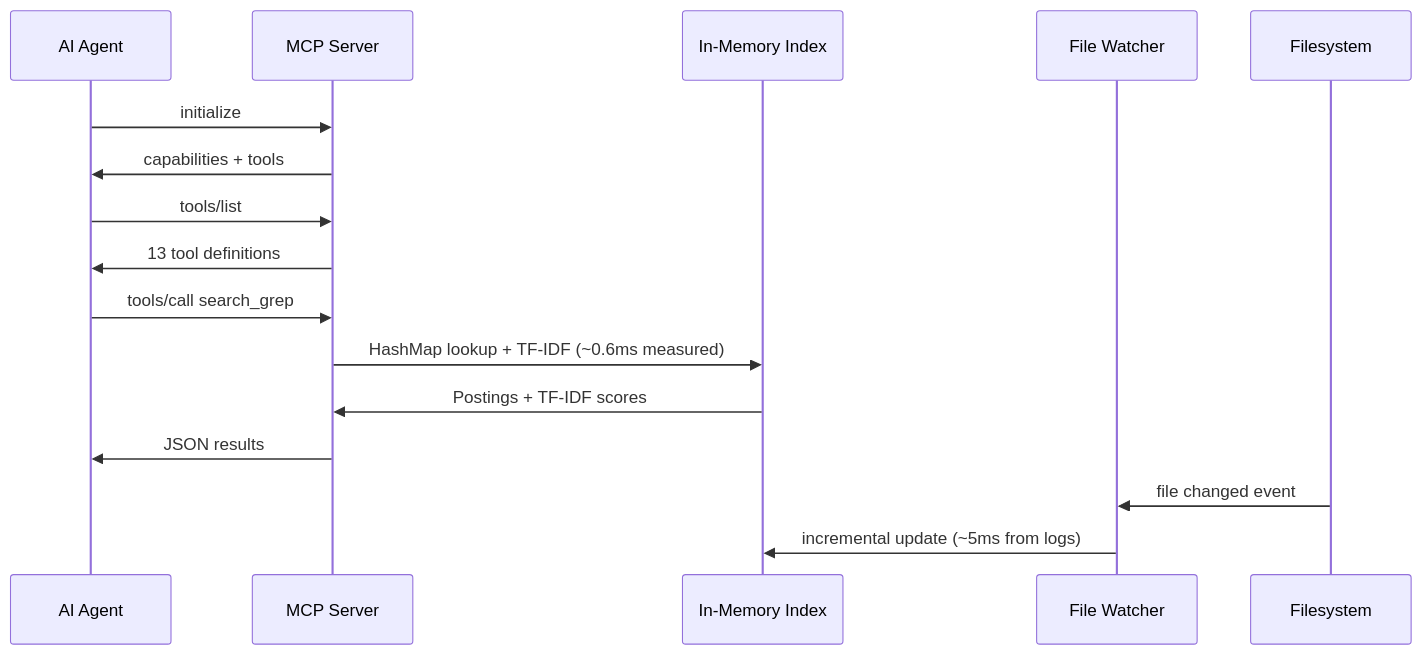
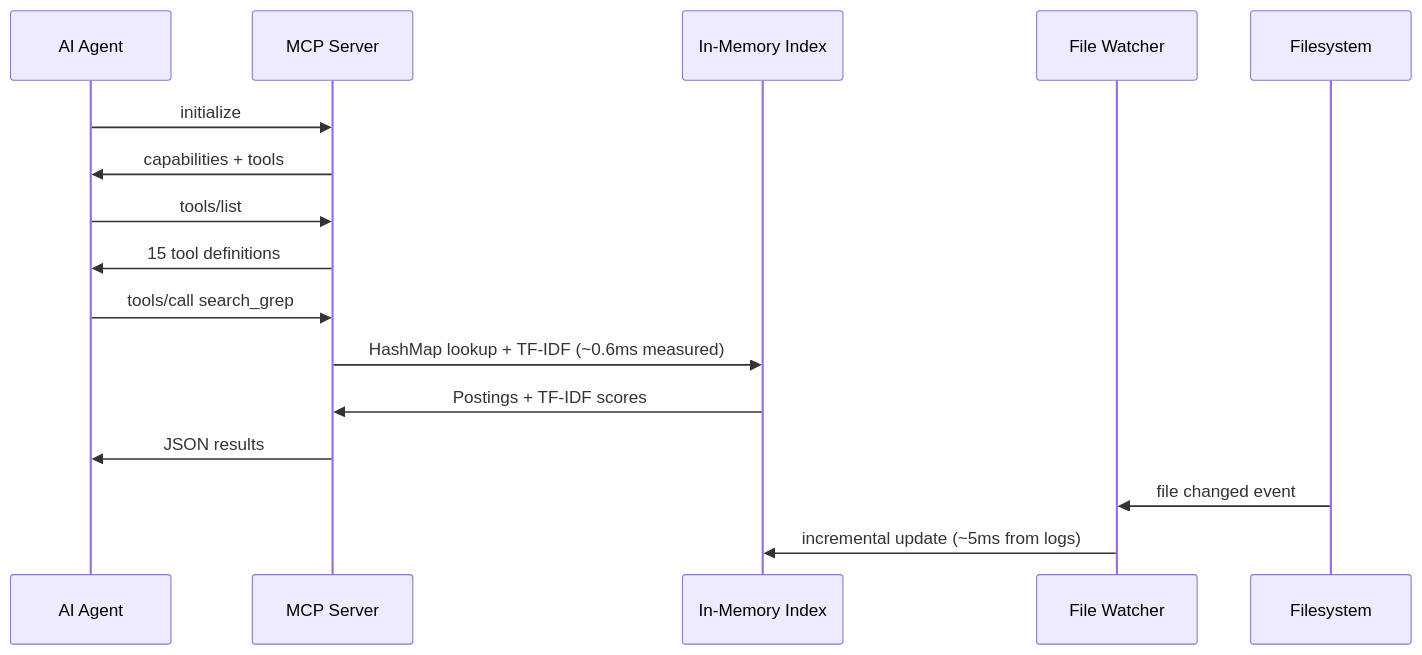
One commit to pustynsky/xray changed the fourth of 9 diagrams in docs/architecture.md. Above: the diagram before and after it, drawn with Mermaid. The commit also changed other lines of this file and 6 other files, not shown here.

````diff
--- a/docs/architecture.md
+++ b/docs/architecture.md
@@ -271,21 +351,21 @@
 ```mermaid
 sequenceDiagram
     participant Agent as AI Agent
     participant Server as MCP Server
     participant Index as In-Memory Index
     participant Watcher as File Watcher
     participant FS as Filesystem
 
     Agent->>Server: initialize
     Server->>Agent: capabilities + tools
     Agent->>Server: tools/list
-    Server->>Agent: 13 tool definitions
+    Server->>Agent: 15 tool definitions
 
     Agent->>Server: tools/call search_grep
     Server->>Index: HashMap lookup + TF-IDF (~0.6ms measured)
     Index->>Server: Postings + TF-IDF scores
     Server->>Agent: JSON results
 
     FS->>Watcher: file changed event
     Watcher->>Index: incremental update (~5ms from logs)
 ```
````
